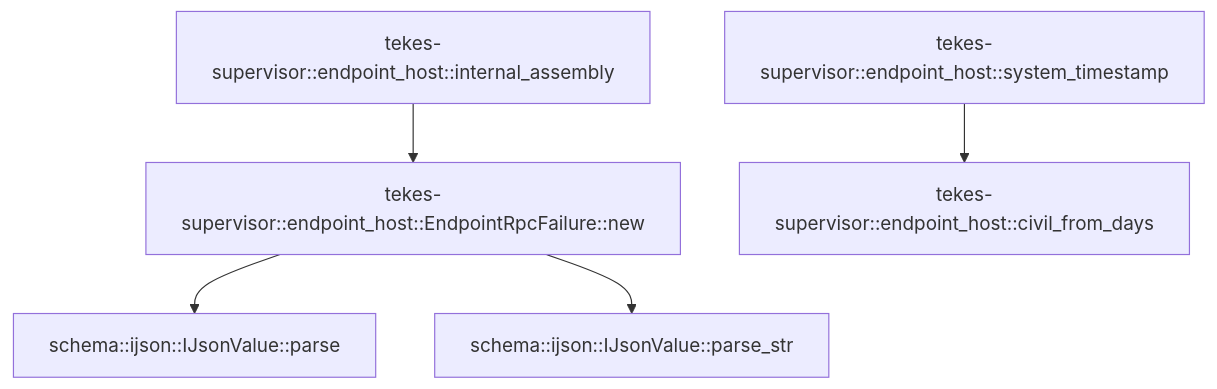
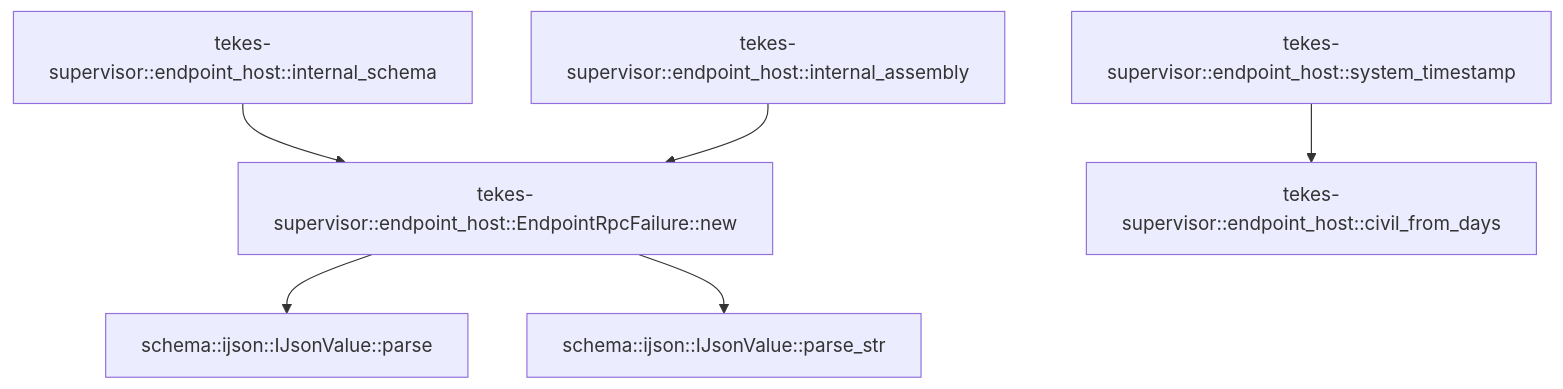
One commit to TekesApps/TekesKernel changed the seventh of 7 diagrams in crates/supervisor/docs/generated/src--endpoint_host.md. Above: the diagram before and after it, drawn with Mermaid. The commit also changed other lines of this file and 77 other files, not shown here.

````diff
--- a/crates/supervisor/docs/generated/src--endpoint_host.md
+++ b/crates/supervisor/docs/generated/src--endpoint_host.md
@@ -711,13 +715,15 @@
 ```mermaid
 flowchart TD
   n0["schema::ijson::IJsonValue::parse"]
   n1["schema::ijson::IJsonValue::parse_str"]
-  n2["tekes-supervisor::endpoint_host::internal_assembly"]
-  n3["tekes-supervisor::endpoint_host::EndpointRpcFailure::new"]
-  n4["tekes-supervisor::endpoint_host::system_timestamp"]
-  n5["tekes-supervisor::endpoint_host::civil_from_days"]
-  n2 --> n3
-  n3 --> n0
-  n3 --> n1
-  n4 --> n5
+  n2["tekes-supervisor::endpoint_host::internal_schema"]
+  n3["tekes-supervisor::endpoint_host::internal_assembly"]
+  n4["tekes-supervisor::endpoint_host::EndpointRpcFailure::new"]
+  n5["tekes-supervisor::endpoint_host::system_timestamp"]
+  n6["tekes-supervisor::endpoint_host::civil_from_days"]
+  n2 --> n4
+  n3 --> n4
+  n4 --> n0
+  n4 --> n1
+  n5 --> n6
 ```
````
